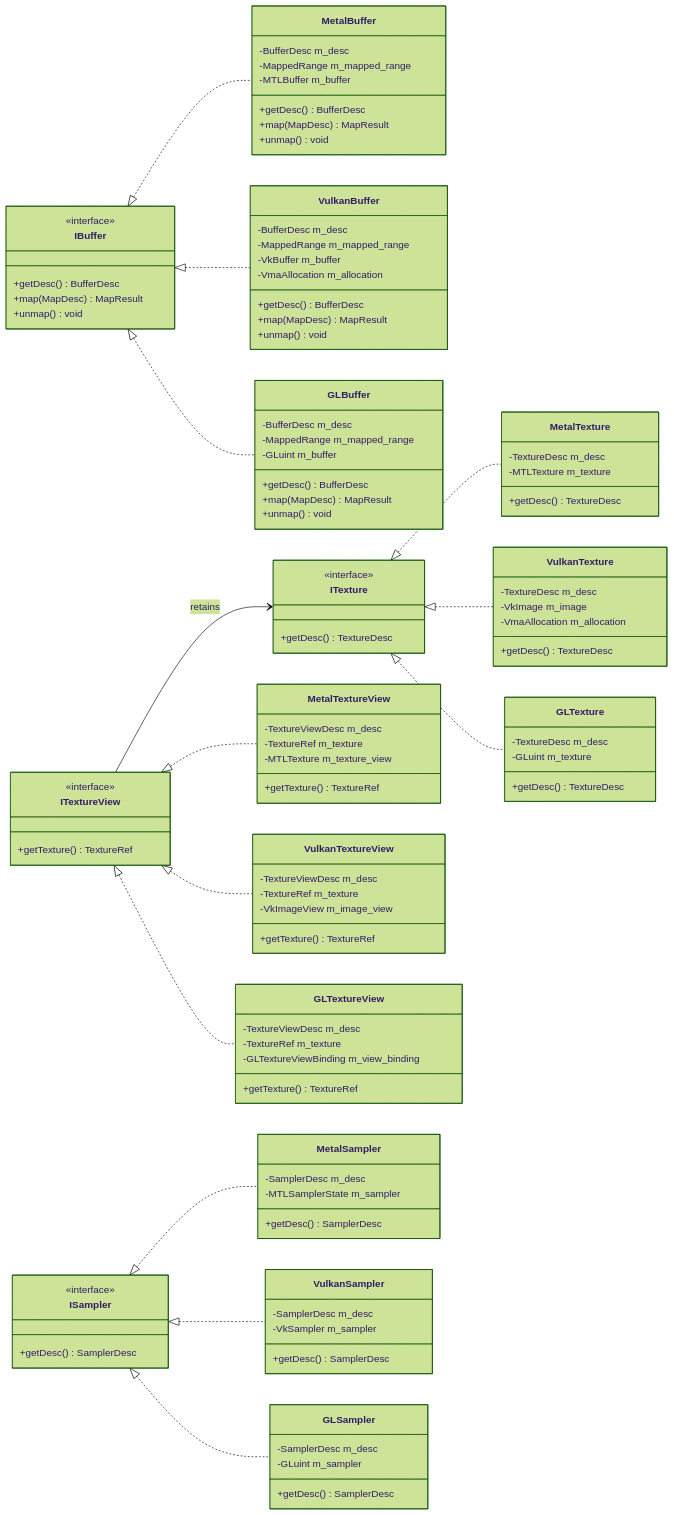
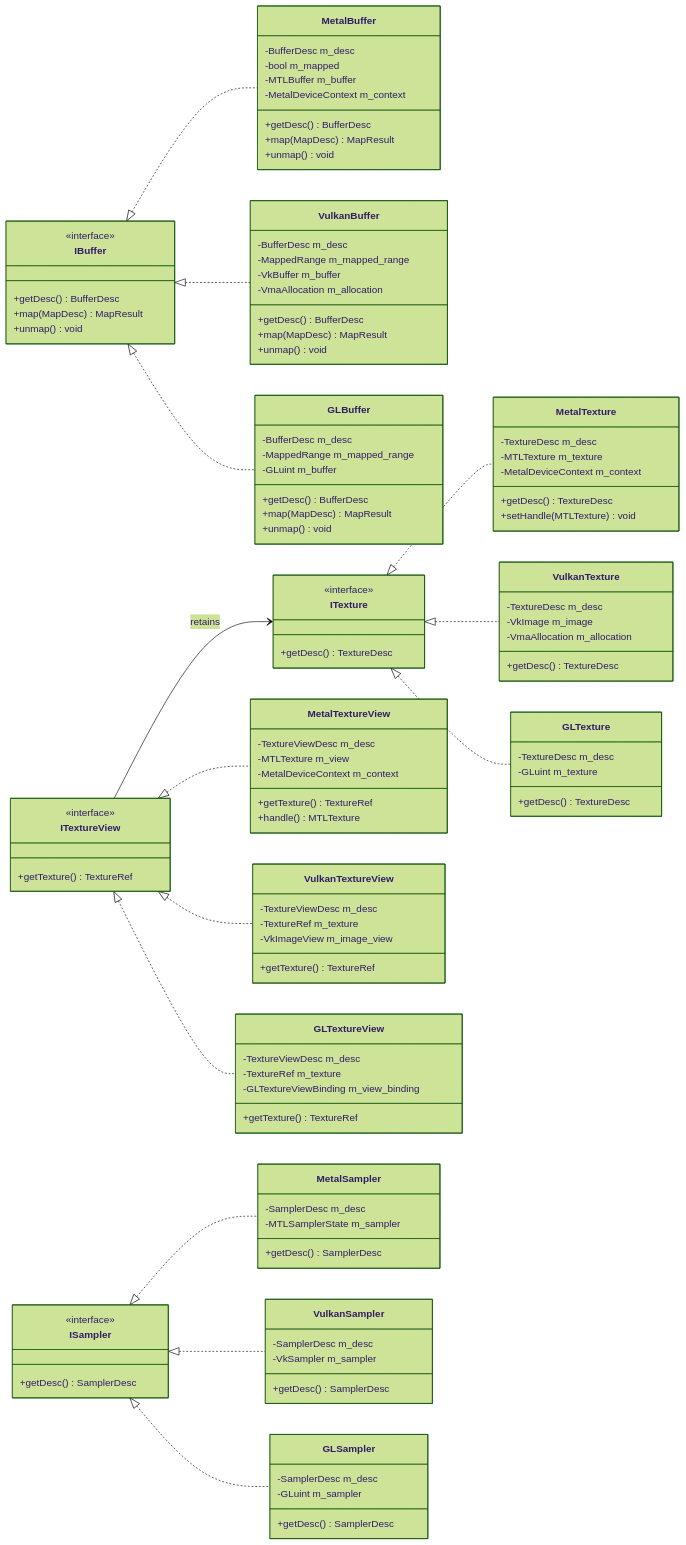
The diagram in docs/diagrams/RHI_RESOURCES.mmd (oyanymous/mango), drawn with Mermaid (forest theme) before and after one commit. The commit also changed 14 other files, not shown here.

```diff
--- a/docs/diagrams/RHI_RESOURCES.mmd
+++ b/docs/diagrams/RHI_RESOURCES.mmd
@@ -1,111 +1,115 @@
 classDiagram
     direction LR
     %% Proposed design, not source-verified. Native type names are conceptual.
     %% Interfaces declare behavior; concrete backend classes hold implementation state.
     %% Buffers, textures, views and samplers
     %% External references mirror the public APIs in their owning RHI files.
     class IBuffer {
         <<interface>>
         +getDesc() BufferDesc
         +map(MapDesc) MapResult
         +unmap() void
     }
     class MetalBuffer {
         -BufferDesc m_desc
-        -MappedRange m_mapped_range
+        -bool m_mapped
         -MTLBuffer m_buffer
+        -MetalDeviceContext m_context
         +getDesc() BufferDesc
         +map(MapDesc) MapResult
         +unmap() void
     }
     class VulkanBuffer {
         -BufferDesc m_desc
         -MappedRange m_mapped_range
         -VkBuffer m_buffer
         -VmaAllocation m_allocation
         +getDesc() BufferDesc
         +map(MapDesc) MapResult
         +unmap() void
     }
     class GLBuffer {
         -BufferDesc m_desc
         -MappedRange m_mapped_range
         -GLuint m_buffer
         +getDesc() BufferDesc
         +map(MapDesc) MapResult
         +unmap() void
     }
     class ITexture {
         <<interface>>
         +getDesc() TextureDesc
     }
     class MetalTexture {
         -TextureDesc m_desc
         -MTLTexture m_texture
+        -MetalDeviceContext m_context
         +getDesc() TextureDesc
+        +setHandle(MTLTexture) void
     }
     class VulkanTexture {
         -TextureDesc m_desc
         -VkImage m_image
         -VmaAllocation m_allocation
         +getDesc() TextureDesc
     }
     class GLTexture {
         -TextureDesc m_desc
         -GLuint m_texture
         +getDesc() TextureDesc
     }
     class ITextureView {
         <<interface>>
         +getTexture() TextureRef
     }
     class MetalTextureView {
         -TextureViewDesc m_desc
-        -TextureRef m_texture
-        -MTLTexture m_texture_view
+        -MTLTexture m_view
+        -MetalDeviceContext m_context
         +getTexture() TextureRef
+        +handle() MTLTexture
     }
     class VulkanTextureView {
         -TextureViewDesc m_desc
         -TextureRef m_texture
         -VkImageView m_image_view
         +getTexture() TextureRef
     }
     class GLTextureView {
         -TextureViewDesc m_desc
         -TextureRef m_texture
         -GLTextureViewBinding m_view_binding
         +getTexture() TextureRef
     }
     class ISampler {
         <<interface>>
         +getDesc() SamplerDesc
     }
     class MetalSampler {
         -SamplerDesc m_desc
         -MTLSamplerState m_sampler
         +getDesc() SamplerDesc
     }
     class VulkanSampler {
         -SamplerDesc m_desc
         -VkSampler m_sampler
         +getDesc() SamplerDesc
     }
     class GLSampler {
         -SamplerDesc m_desc
         -GLuint m_sampler
         +getDesc() SamplerDesc
     }
     IBuffer <|.. MetalBuffer
     IBuffer <|.. VulkanBuffer
     IBuffer <|.. GLBuffer
     ITexture <|.. MetalTexture
     ITexture <|.. VulkanTexture
     ITexture <|.. GLTexture
     ITextureView <|.. MetalTextureView
     ITextureView <|.. VulkanTextureView
     ITextureView <|.. GLTextureView
     ISampler <|.. MetalSampler
     ISampler <|.. VulkanSampler
     ISampler <|.. GLSampler
     ITextureView --> ITexture : retains
```
